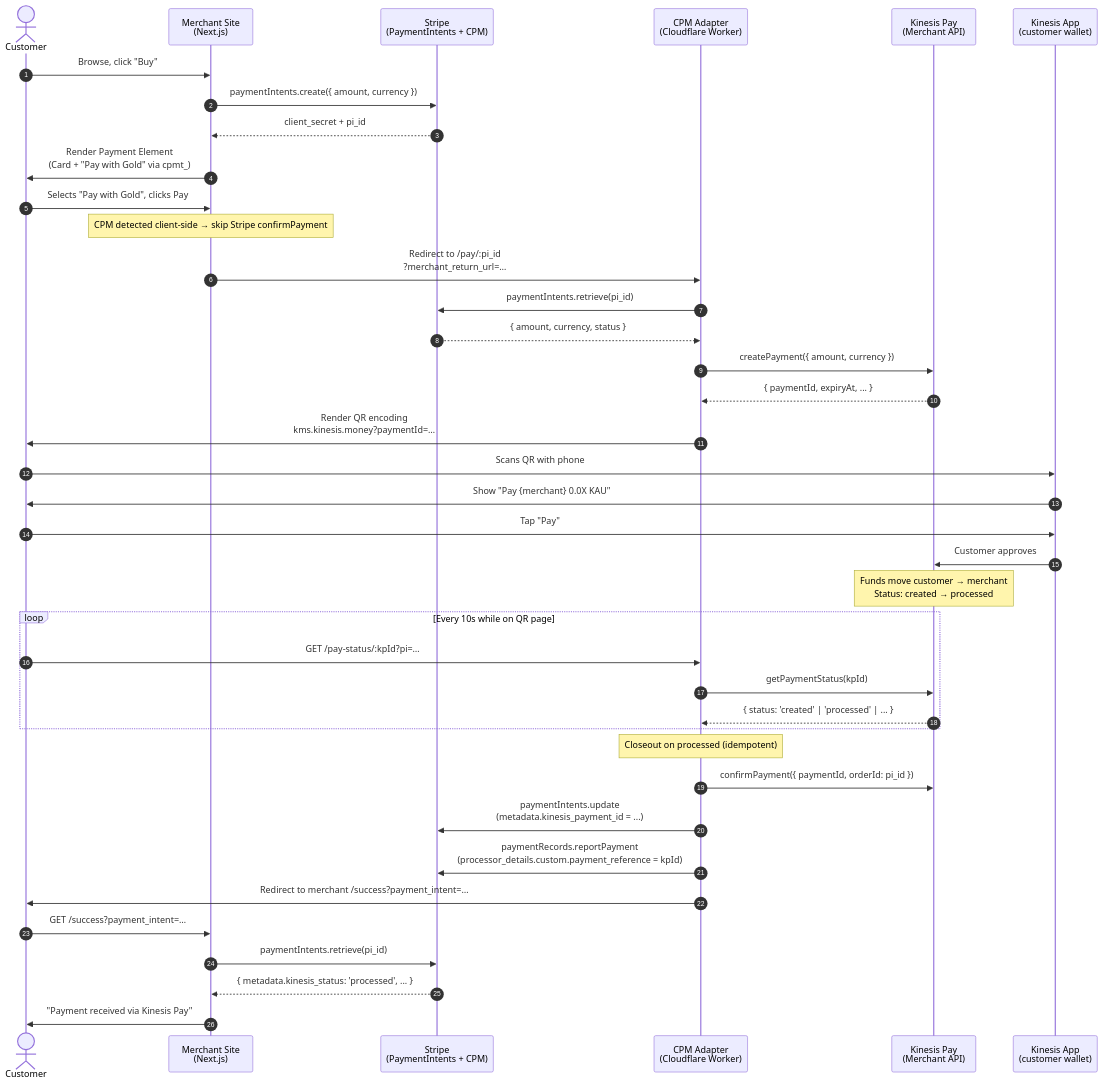
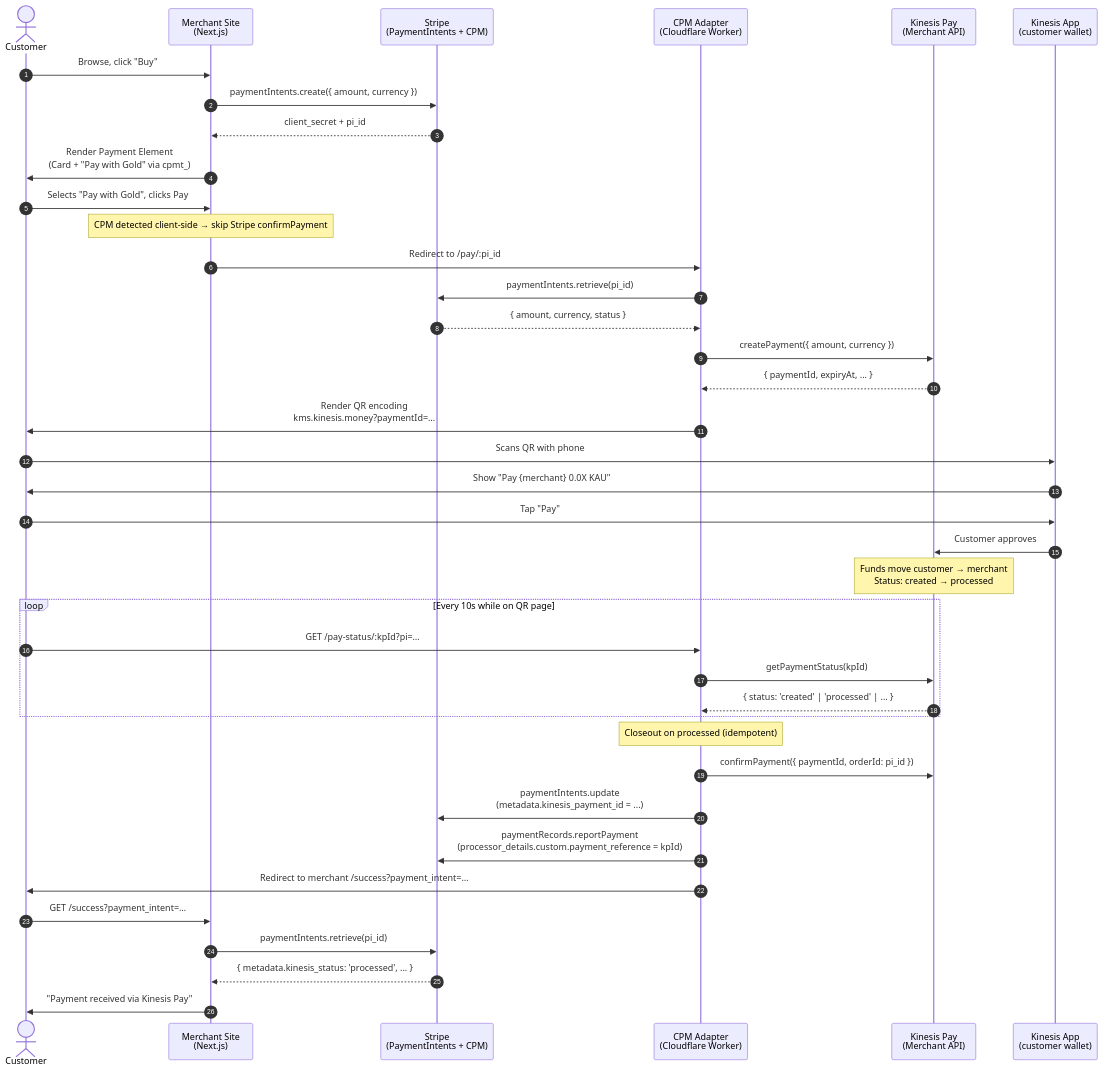
Before and after one commit to bradenbiz/stripe-cpm-kinesis-adapter: the diagram in docs/diagrams/sequence.mermaid, drawn with Mermaid. The commit also changed 7 other files, not shown here.

First line of the commit message:
fix(adapter): stop /pay redirecting customers to URLs from the link (#11)

```diff
--- a/docs/diagrams/sequence.mermaid
+++ b/docs/diagrams/sequence.mermaid
@@ -1,46 +1,46 @@
 sequenceDiagram
     autonumber
     actor Customer
     participant Merchant as Merchant Site<br/>(Next.js)
     participant Stripe as Stripe<br/>(PaymentIntents + CPM)
     participant Adapter as CPM Adapter<br/>(Cloudflare Worker)
     participant Kinesis as Kinesis Pay<br/>(Merchant API)
     participant KMS as Kinesis App<br/>(customer wallet)
 
     Customer->>Merchant: Browse, click "Buy"
     Merchant->>Stripe: paymentIntents.create({ amount, currency })
     Stripe-->>Merchant: client_secret + pi_id
     Merchant->>Customer: Render Payment Element<br/>(Card + "Pay with Gold" via cpmt_)
 
     Customer->>Merchant: Selects "Pay with Gold", clicks Pay
     Note over Merchant: CPM detected client-side → skip Stripe confirmPayment
-    Merchant->>Adapter: Redirect to /pay/:pi_id<br/>?merchant_return_url=…
+    Merchant->>Adapter: Redirect to /pay/:pi_id
 
     Adapter->>Stripe: paymentIntents.retrieve(pi_id)
     Stripe-->>Adapter: { amount, currency, status }
     Adapter->>Kinesis: createPayment({ amount, currency })
     Kinesis-->>Adapter: { paymentId, expiryAt, ... }
     Adapter->>Customer: Render QR encoding<br/>kms.kinesis.money?paymentId=…
 
     Customer->>KMS: Scans QR with phone
     KMS->>Customer: Show "Pay {merchant} 0.0X KAU"
     Customer->>KMS: Tap "Pay"
     KMS->>Kinesis: Customer approves
     Note over Kinesis: Funds move customer → merchant<br/>Status: created → processed
 
     loop Every 10s while on QR page
         Customer->>Adapter: GET /pay-status/:kpId?pi=…
         Adapter->>Kinesis: getPaymentStatus(kpId)
         Kinesis-->>Adapter: { status: 'created' | 'processed' | ... }
     end
 
     Note over Adapter: Closeout on processed (idempotent)
     Adapter->>Kinesis: confirmPayment({ paymentId, orderId: pi_id })
     Adapter->>Stripe: paymentIntents.update<br/>(metadata.kinesis_payment_id = ...)
     Adapter->>Stripe: paymentRecords.reportPayment<br/>(processor_details.custom.payment_reference = kpId)
 
     Adapter->>Customer: Redirect to merchant /success?payment_intent=…
     Customer->>Merchant: GET /success?payment_intent=…
     Merchant->>Stripe: paymentIntents.retrieve(pi_id)
     Stripe-->>Merchant: { metadata.kinesis_status: 'processed', ... }
     Merchant->>Customer: "Payment received via Kinesis Pay"
```
